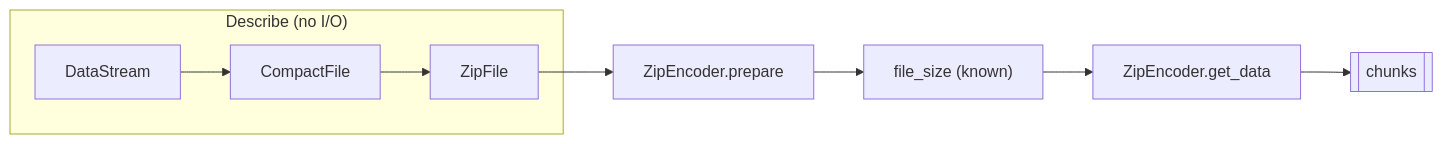
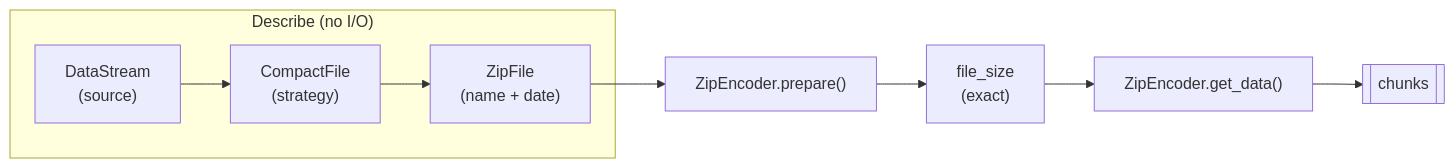
Before and after one commit to OffworldNexus/livezip: the diagram in doc/docs/developer/index.md, drawn with Mermaid. The commit also changed other lines of this file and 13 other files, not shown here.

````diff
--- a/doc/docs/developer/index.md
+++ b/doc/docs/developer/index.md
@@ -77,11 +108,11 @@
 ```mermaid
 flowchart LR
     subgraph describe["Describe (no I/O)"]
-        A[DataStream] --> B[CompactFile]
-        B --> C[ZipFile]
+        A["DataStream<br/>(source)"] --> B["CompactFile<br/>(strategy)"]
+        B --> C["ZipFile<br/>(name + date)"]
     end
-    C --> D[ZipEncoder.prepare]
-    D --> E["file_size (known)"]
-    E --> F[ZipEncoder.get_data]
+    C --> D["ZipEncoder.prepare()"]
+    D --> E["file_size<br/>(exact)"]
+    E --> F["ZipEncoder.get_data()"]
     F --> G[["chunks"]]
 ```
````
